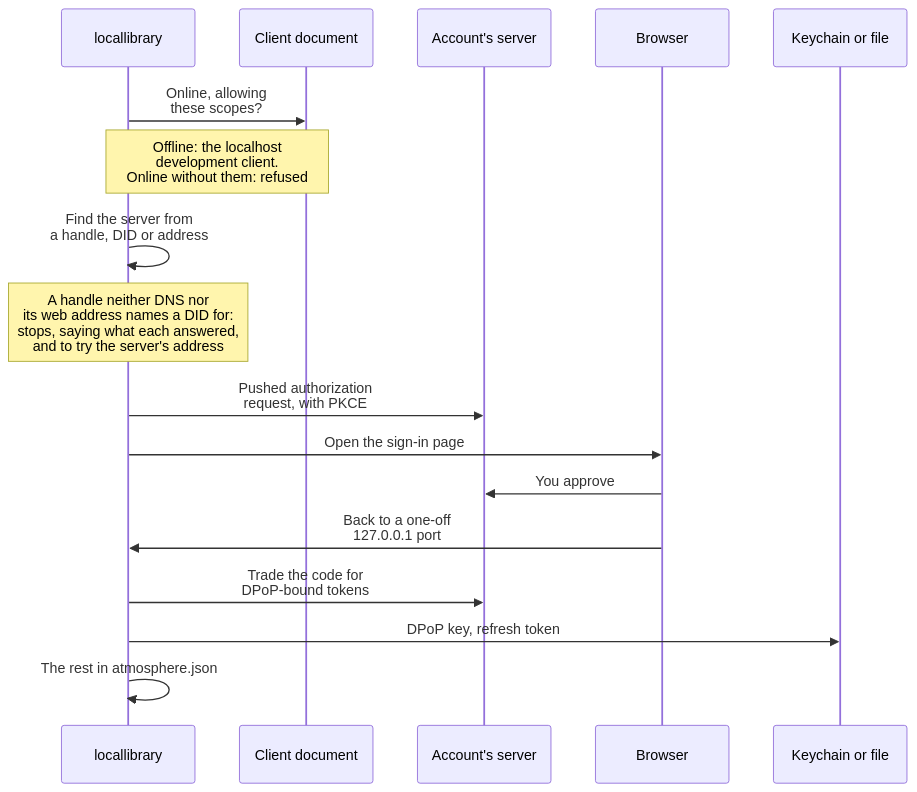
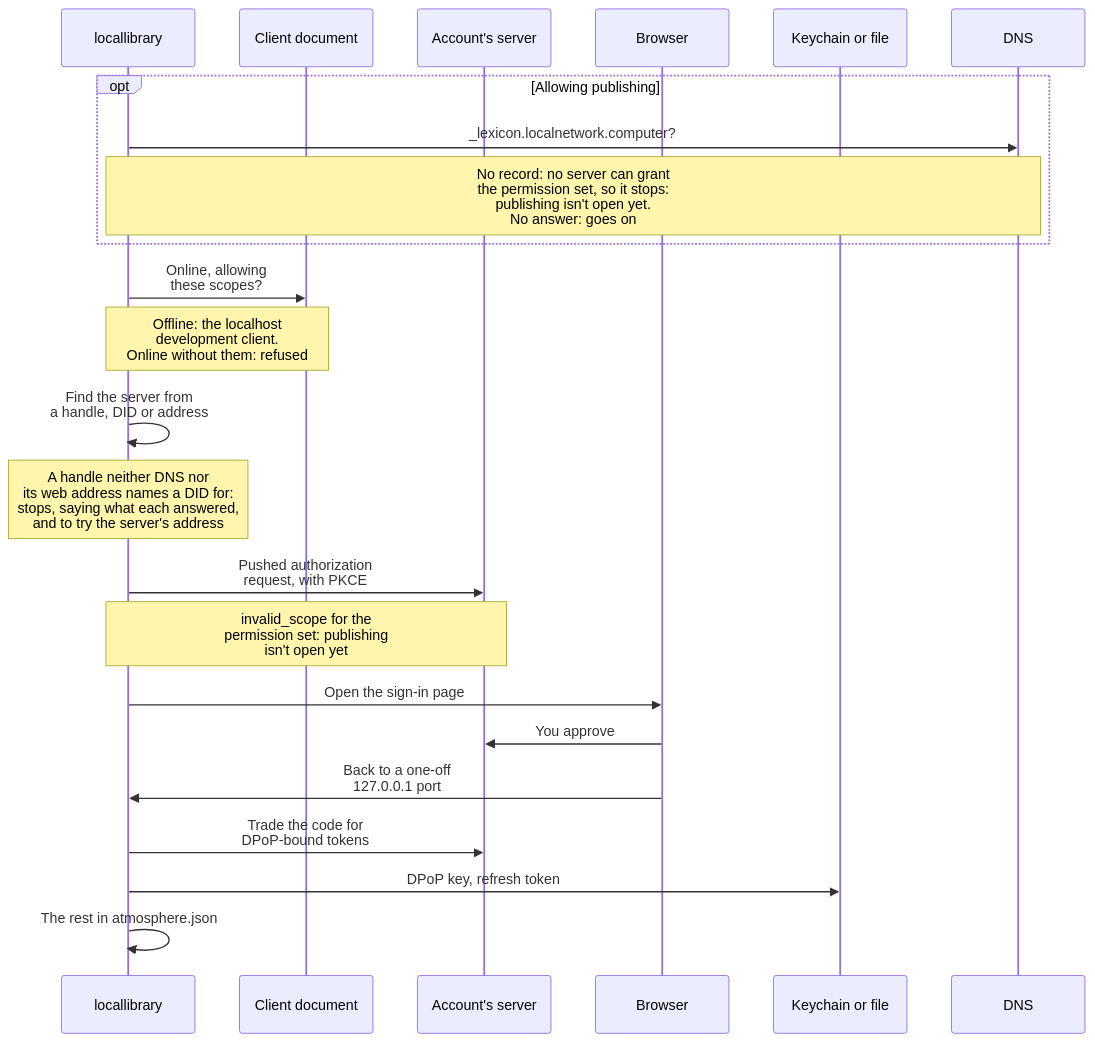
Before and after one commit to cutenode/localnetwork: the second of 12 diagrams in apps/locallibrary/docs/diagrams/accounts.md, drawn with Mermaid. The commit also changed other lines of this file and 1 other file, not shown here.

Commit message:
docs(locallibrary): draw the publishing check in the sign-in and publish diagrams
Refs LOC-1091

````diff
--- a/apps/locallibrary/docs/diagrams/accounts.md
+++ b/apps/locallibrary/docs/diagrams/accounts.md
@@ -53,19 +53,25 @@
 ```mermaid
 sequenceDiagram
     participant L as locallibrary
     participant C as Client document
     participant S as Account's server
     participant B as Browser
     participant K as Keychain or file
+    participant N as DNS
+    opt Allowing publishing
+        L->>N: _lexicon.localnetwork.computer?
+        Note over L,N: No record: no server can grant<br/>the permission set, so it stops:<br/>publishing isn't open yet.<br/>No answer: goes on
+    end
     L->>C: Online, allowing<br/>these scopes?
     Note over L,C: Offline: the localhost<br/>development client.<br/>Online without them: refused
     L->>L: Find the server from<br/>a handle, DID or address
     Note over L: A handle neither DNS nor<br/>its web address names a DID for:<br/>stops, saying what each answered,<br/>and to try the server's address
     L->>S: Pushed authorization<br/>request, with PKCE
+    Note over L,S: invalid_scope for the<br/>permission set: publishing<br/>isn't open yet
     L->>B: Open the sign-in page
     B->>S: You approve
     B->>L: Back to a one-off<br/>127.0.0.1 port
     L->>S: Trade the code for<br/>DPoP-bound tokens
     L->>K: DPoP key, refresh token
     L->>L: The rest in atmosphere.json
 ```
````
